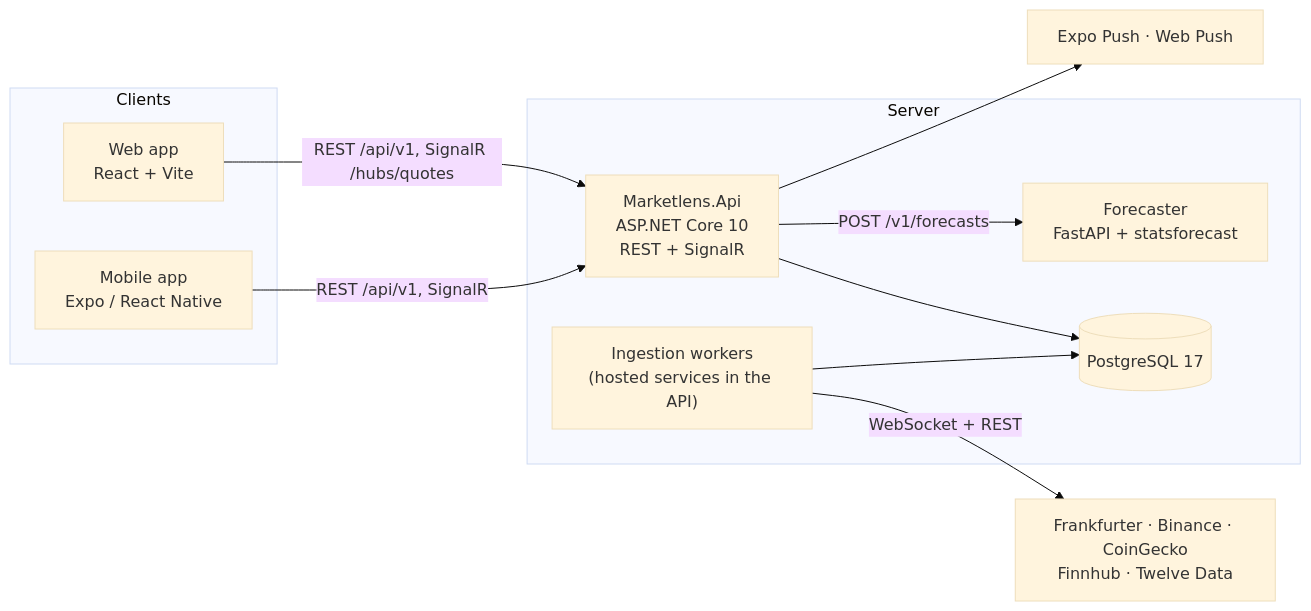
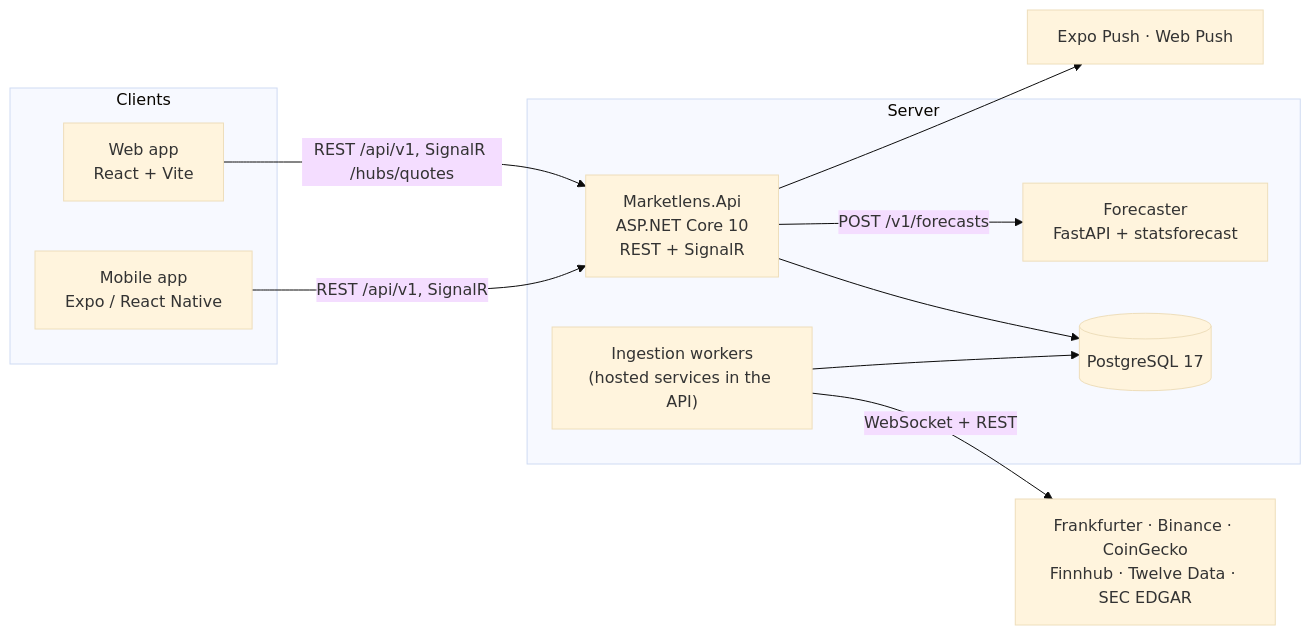
The diagram in docs/architecture.md (ahmed-amine-jerbi/marketlens), drawn with Mermaid (base theme) before and after one commit. The commit also changed other lines of this file and 54 other files, not shown here.

````diff
--- a/docs/architecture.md
+++ b/docs/architecture.md
@@ -5,22 +5,22 @@
 ```mermaid
 graph LR
   subgraph Clients
     Web["Web app<br/>React + Vite"]
     Mobile["Mobile app<br/>Expo / React Native"]
   end
   subgraph Server
     API["Marketlens.Api<br/>ASP.NET Core 10<br/>REST + SignalR"]
     Ingest["Ingestion workers<br/>(hosted services in the API)"]
     Forecaster["Forecaster<br/>FastAPI + statsforecast"]
     DB[("PostgreSQL 17")]
   end
-  Providers["Frankfurter · Binance · CoinGecko<br/>Finnhub · Twelve Data"]
+  Providers["Frankfurter · Binance · CoinGecko<br/>Finnhub · Twelve Data · SEC EDGAR"]
   Push["Expo Push · Web Push"]
   Web -- "REST /api/v1, SignalR /hubs/quotes" --> API
   Mobile -- "REST /api/v1, SignalR" --> API
   Ingest -- "WebSocket + REST" --> Providers
   Ingest --> DB
   API --> DB
   API -- "POST /v1/forecasts" --> Forecaster
   API --> Push
 ```
````
